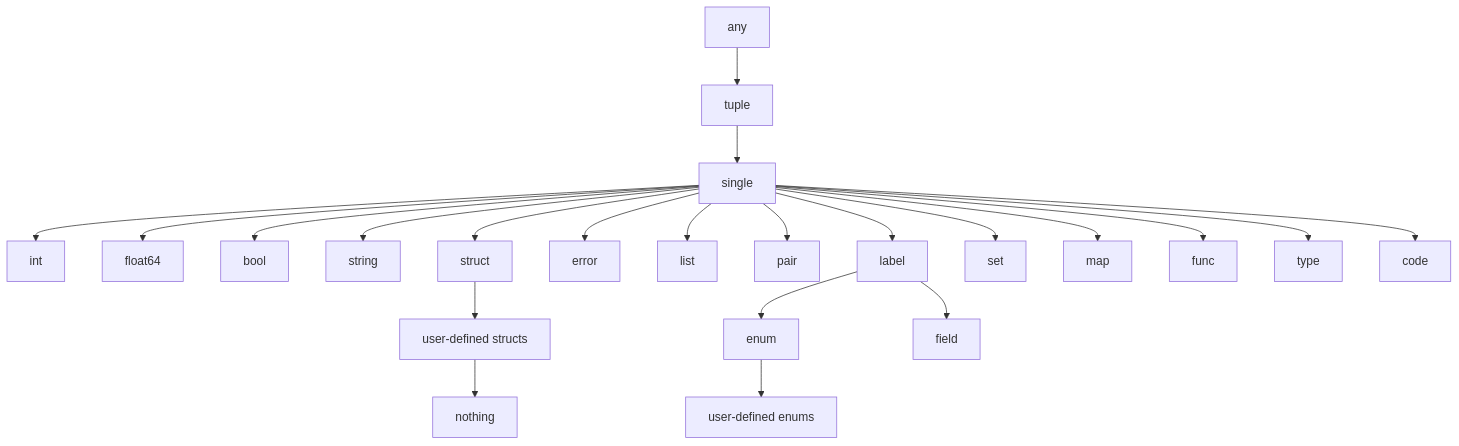
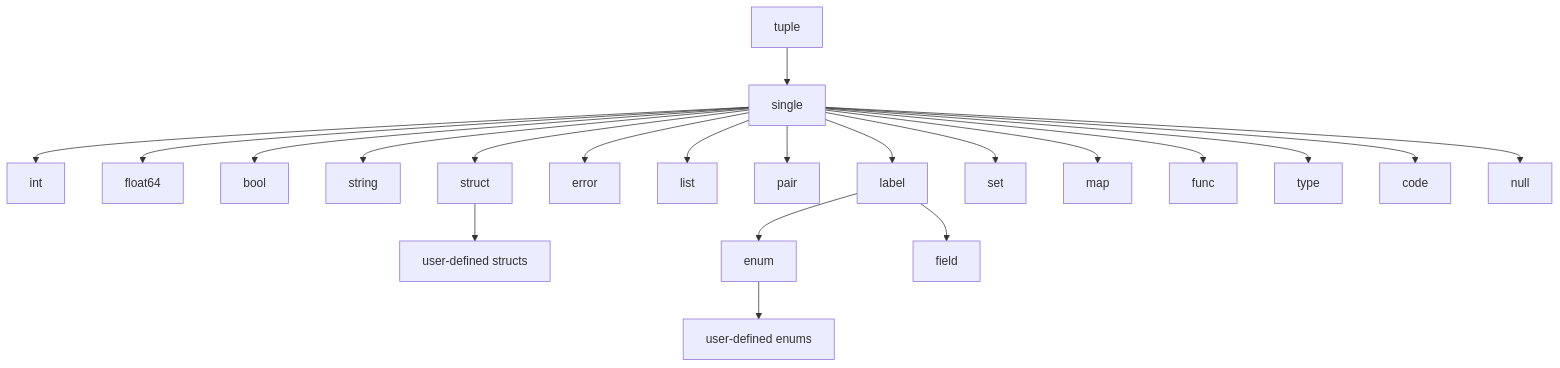
One commit to landry-some/Pipefish changed the diagram in README.md. Above: the diagram before and after it, drawn with Mermaid. The commit also changed other lines of this file, not shown here.

````diff
--- a/README.md
+++ b/README.md
@@ -1111,24 +1111,23 @@
 ```mermaid
 graph TD;
-    any-->tuple;
     tuple-->single;
     single-->int;
     single-->float64;
     single-->bool;
     single-->string;
     single-->struct;
     single-->error;
     single-->list;
     single-->pair;
     single-->label;
     single-->set;
     single-->M[map];
     single-->func;
     single-->type;
     single-->code;
+    single-->null;
     struct-->X[user-defined structs];
-    X-->nothing;
     label-->enum;
     label-->field;
     enum-->Y[user-defined enums];
 ```
````
